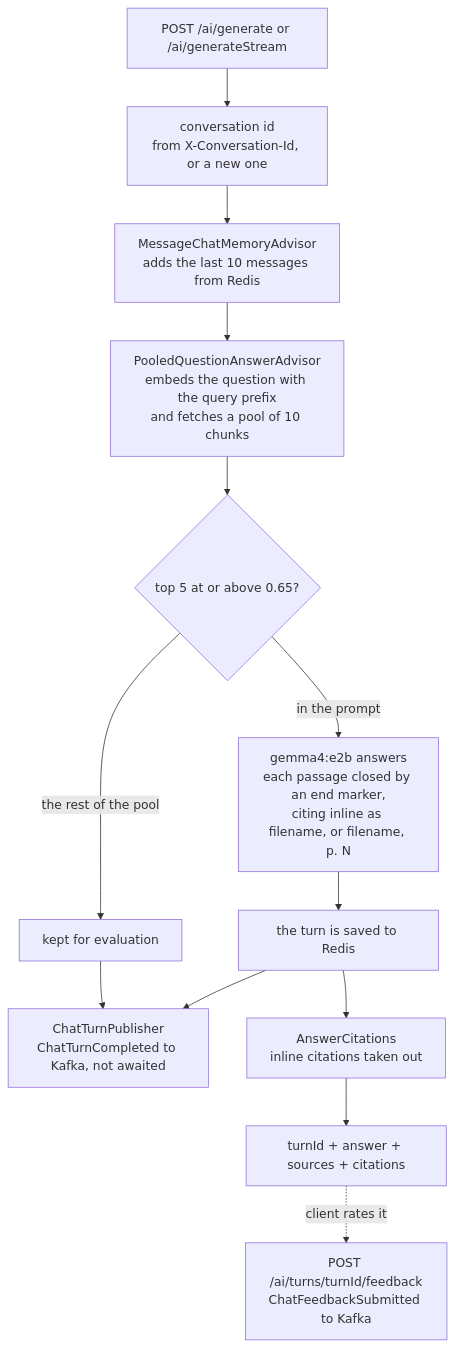
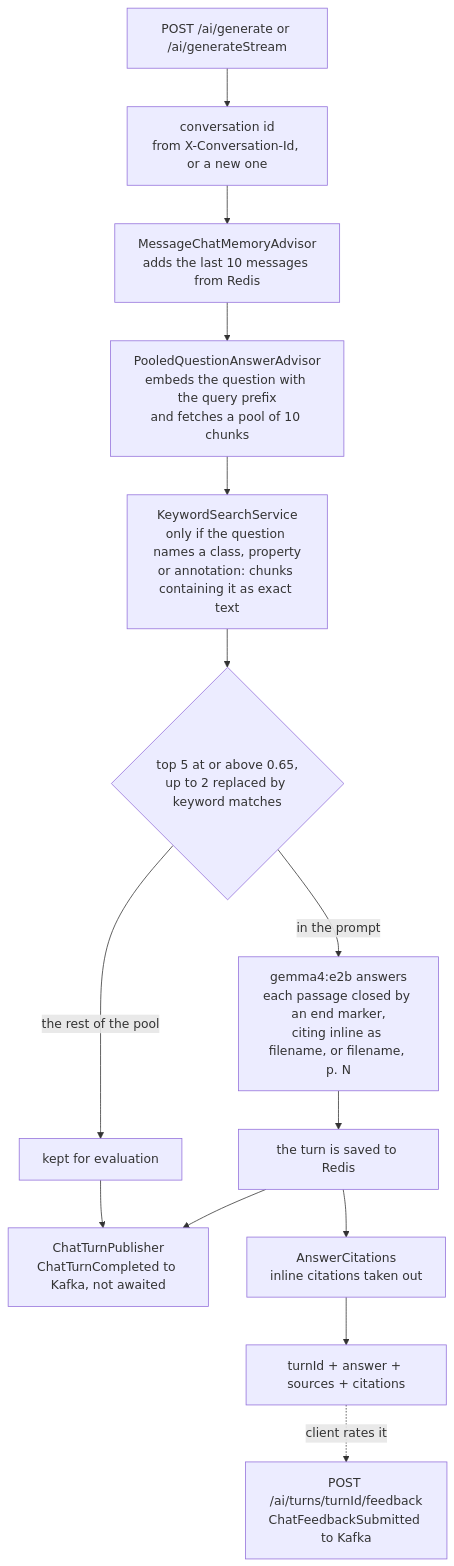
The diagram in ragr-app/README.md (subhanmishra/spring-ai), drawn with Mermaid before and after one commit. The commit also changed other lines of this file and 17 other files, not shown here.

First line of the commit message:
Add hybrid search for exact names; keep pages out of page-less prompts

````diff
--- a/ragr-app/README.md
+++ b/ragr-app/README.md
@@ -29,15 +36,16 @@
 ```mermaid
 flowchart TD
     req[POST /ai/generate or /ai/generateStream] --> id[conversation id<br/>from X-Conversation-Id, or a new one]
     id --> mem[MessageChatMemoryAdvisor<br/>adds the last 10 messages from Redis]
     mem --> qa[PooledQuestionAnswerAdvisor<br/>embeds the question with the query prefix<br/>and fetches a pool of 10 chunks]
-    qa --> split{top 5 at or above 0.65?}
+    qa --> kw[KeywordSearchService<br/>only if the question names a class, property<br/>or annotation: chunks containing it as exact text]
+    kw --> split{top 5 at or above 0.65,<br/>up to 2 replaced by keyword matches}
     split -- in the prompt --> gen[gemma4:e2b answers<br/>each passage closed by an end marker,<br/>citing inline as filename, or filename, p. N]
     split -- the rest of the pool --> pool[kept for evaluation]
     gen --> save[the turn is saved to Redis]
     save --> pub[ChatTurnPublisher<br/>ChatTurnCompleted to Kafka, not awaited]
     pool --> pub
     save --> strip[AnswerCitations<br/>inline citations taken out]
     strip --> out[turnId + answer + sources + citations]
     out -. client rates it .-> fb[POST /ai/turns/turnId/feedback<br/>ChatFeedbackSubmitted to Kafka]
 ```
````
